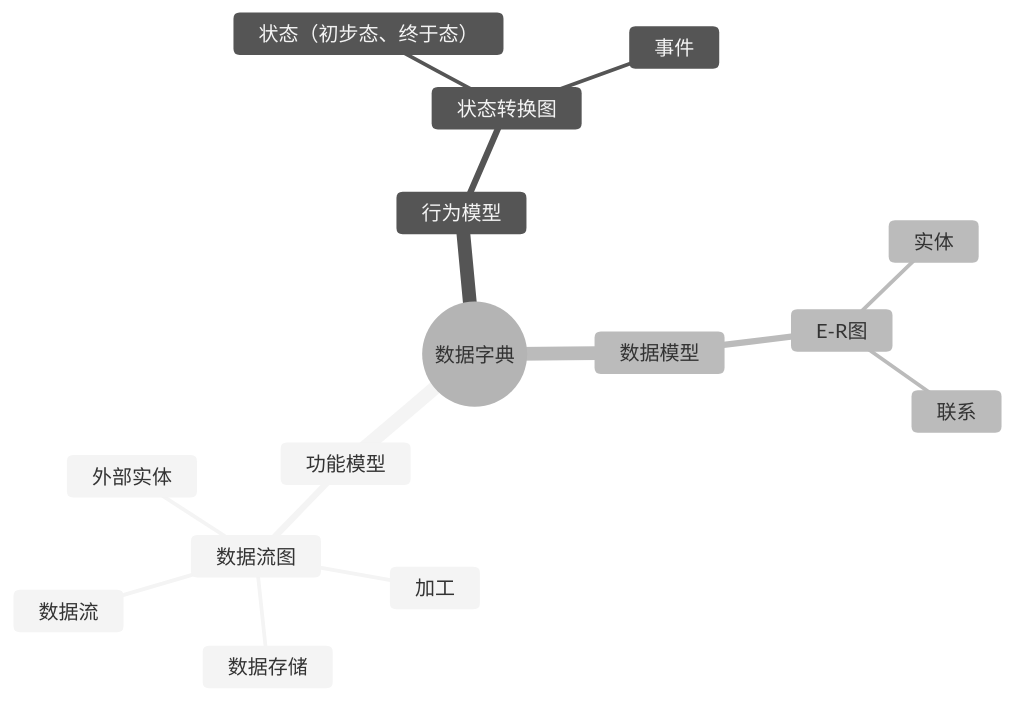
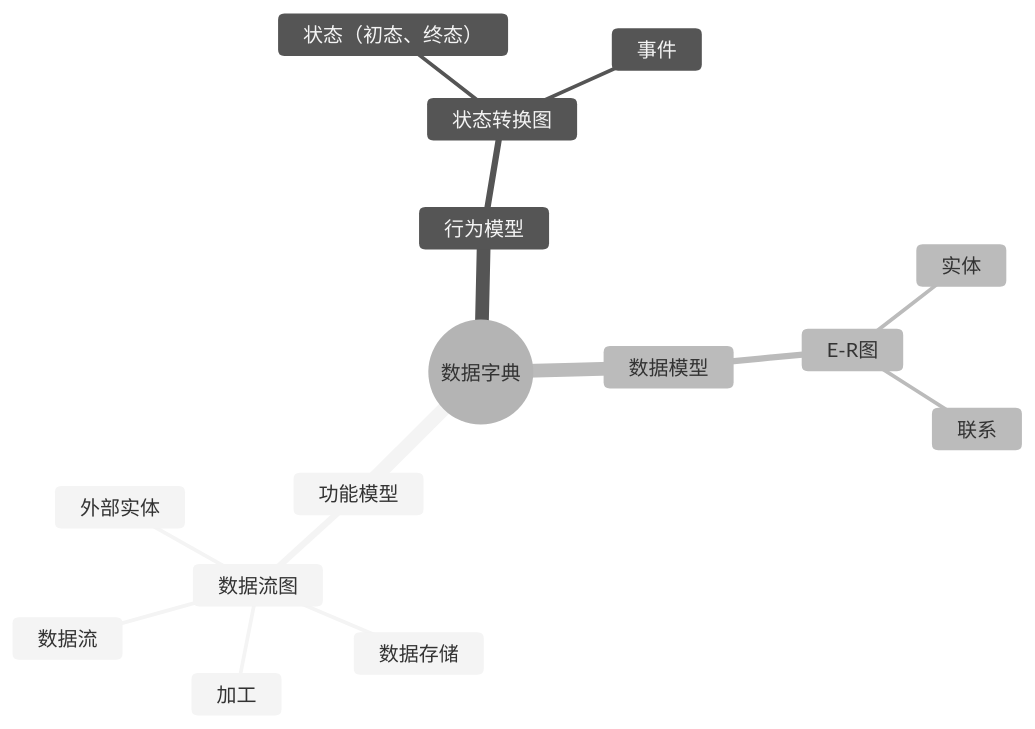
One commit to xiaotaonan/SystemArchitect changed the diagram in ruan-jian-gong-cheng/xu-qiu-gong-cheng.md. Above: the diagram before and after it, drawn with Mermaid (neutral theme).

Commit message:
GITBOOK-37: No subject

````diff
--- a/ruan-jian-gong-cheng/xu-qiu-gong-cheng.md
+++ b/ruan-jian-gong-cheng/xu-qiu-gong-cheng.md
@@ -63,20 +63,20 @@
 ```mermaid
 mindmap
   root((数据字典))
     功能模型
       数据流图
         数据流
         加工
         数据存储
         外部实体
     行为模型
       状态转换图
-        状态（初步态、终于态）
+        状态（初态、终态）
         事件
     数据模型
       E-R图
         实体
         联系
     
     
 ```
````
